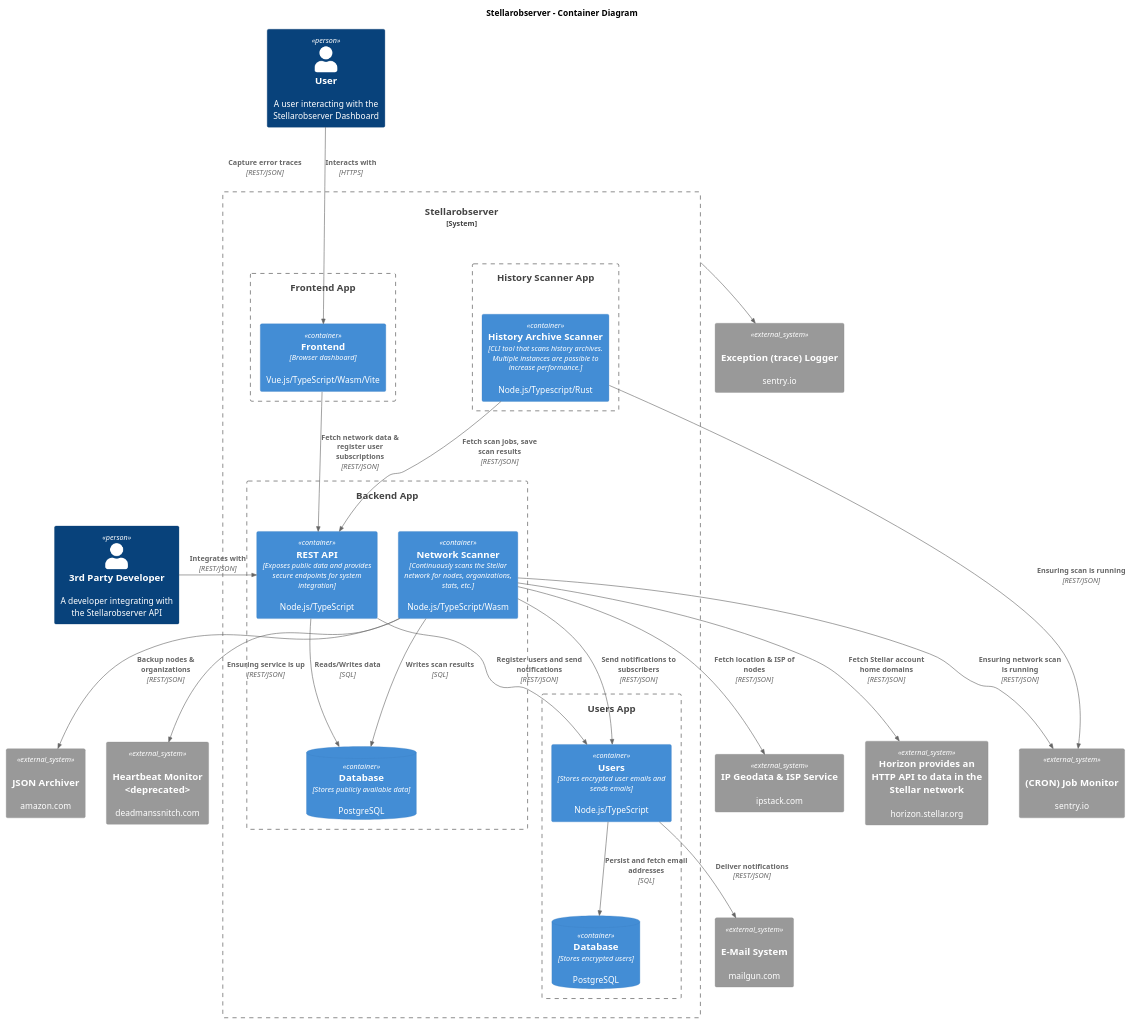
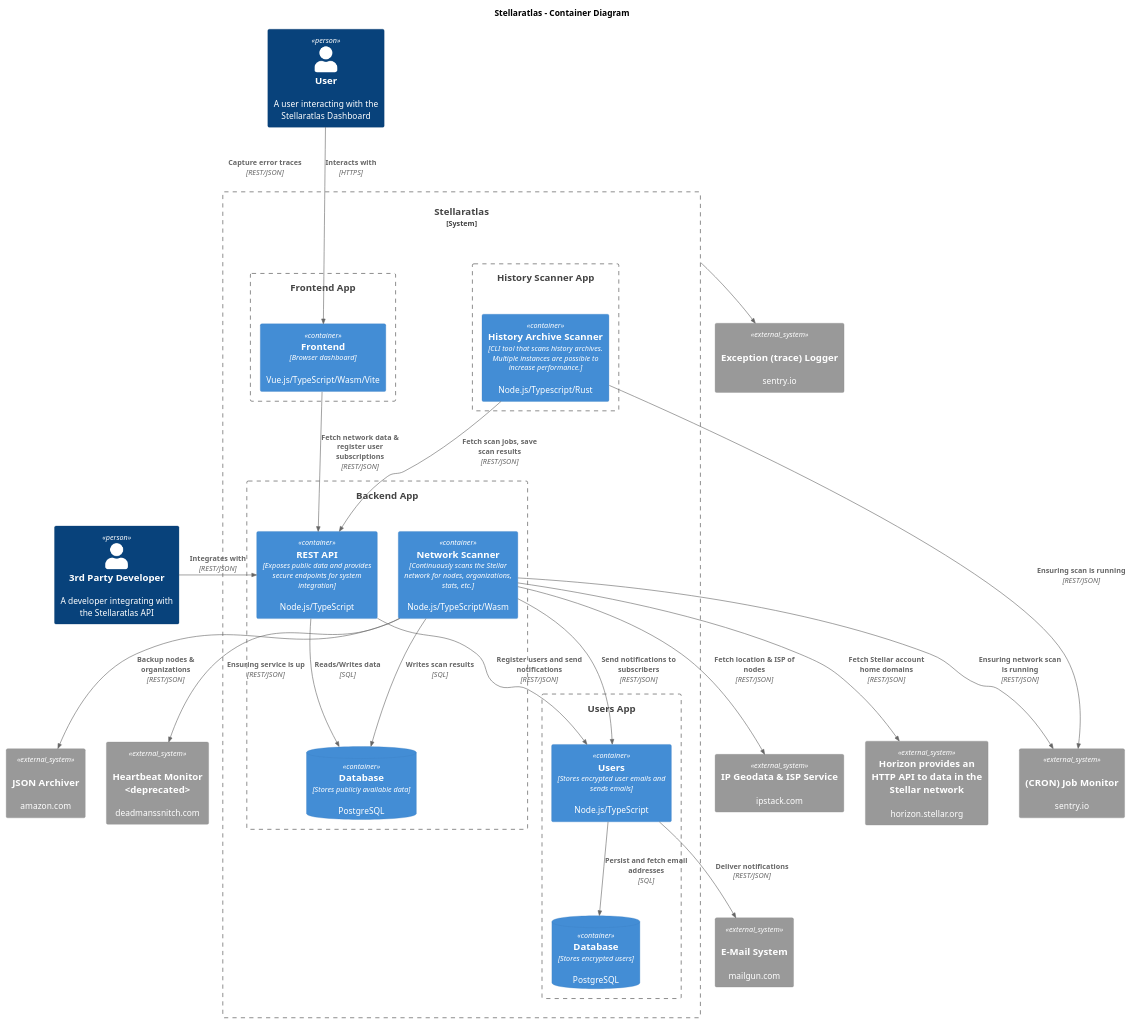
The diagram in architecture-c4-containers.puml (Stellar-Atlas/StellarAtlas), drawn with PlantUML before and after one commit. The commit also changed 41 other files, not shown here.

Commit message:
Rename Stellarobserver to Stellaratlas across the project, updating configurations, documentation, and code references to reflect the new branding.

```diff
--- a/architecture-c4-containers.puml
+++ b/architecture-c4-containers.puml
@@ -1,68 +1,68 @@
-@startuml Stellarobserver C4 Container model
+@startuml Stellaratlas C4 Container model
 !include https://raw.githubusercontent.com/plantuml-stdlib/C4-PlantUML/master/C4_Container.puml
 
 skinparam ranksep 100
 
-title Stellarobserver - Container Diagram
+title Stellaratlas - Container Diagram
 
 ' People
-Person(user, "User", "A user interacting with the Stellarobserver Dashboard")
-Person(developer, "3rd Party Developer", "A developer integrating with the Stellarobserver API")
+Person(user, "User", "A user interacting with the Stellaratlas Dashboard")
+Person(developer, "3rd Party Developer", "A developer integrating with the Stellaratlas API")
 
-System_Boundary(s1, "Stellarobserver") {
+System_Boundary(s1, "Stellaratlas") {
 
   ' Frontend group
   Boundary(frontendBoundary, "Frontend App") {
     Container(frontend, "Frontend", "Browser dashboard", "Vue.js/TypeScript/Wasm/Vite")
   }
 
   ' Backend group
   Boundary(backendBoundary, "Backend App") {
     Container(backendAPI, "REST API", "Exposes public data and provides secure endpoints for system integration", "Node.js/TypeScript")
     Container(backendNetworkScan, "Network Scanner", "Continuously scans the Stellar network for nodes, organizations, stats, etc.", "Node.js/TypeScript/Wasm")
     ContainerDb(database_backend, "Database", "Stores publicly available data", "PostgreSQL")
   }
 
   ' Users group
   Boundary(usersBoundary, "Users App") {
     Container(users, "Users", "Stores encrypted user emails and sends emails", "Node.js/TypeScript")
     ContainerDb(database_users, "Database", "Stores encrypted users", "PostgreSQL")
   }
 
   ' History Scanner group
   Boundary(historyBoundary, "History Scanner App") {
     Container(historyScanner, "History Archive Scanner", "CLI tool that scans history archives. Multiple instances are possible to increase performance.", "Node.js/Typescript/Rust")
   }
 }
 
 
   System_Ext(email_system, "E-Mail System", "mailgun.com", "envelope")
   System_Ext(json_archiver, "JSON Archiver", "amazon.com", "archive")
   System_Ext(heartbeat_monitor, "Heartbeat Monitor <deprecated>", "deadmanssnitch.com", "heart")
   System_Ext(job_monitor, "(CRON) Job Monitor", "sentry.io", "job")
   System_Ext(exception_logger, "Exception (trace) Logger", "sentry.io", "exception")
   System_Ext(geo_service, "IP Geodata & ISP Service", "ipstack.com")
   System_Ext(horizon, "Horizon provides an HTTP API to data in the Stellar network", "horizon.stellar.org")
 
 
 ' Internal Relationships
 Rel_Down(user, frontend, "Interacts with", "HTTPS")
 Rel_Right(developer, backendAPI, "Integrates with", "REST/JSON")
 Rel(frontend, backendAPI, "Fetch network data & register user subscriptions", "REST/JSON")
 Rel(backendAPI, database_backend, "Reads/Writes data", "SQL")
 Rel(backendNetworkScan, database_backend, "Writes scan results", "SQL")
 Rel(backendNetworkScan, users, "Send notifications to subscribers", "REST/JSON")
 Rel(users, database_users, "Persist and fetch email addresses", "SQL")
 Rel(backendAPI, users, "Register users and send notifications", "REST/JSON")
 Rel(historyScanner, backendAPI, "Fetch scan jobs, save scan results", "REST/JSON")
 Rel(backendNetworkScan, geo_service, "Fetch location & ISP of nodes", "REST/JSON")
 Rel_Down(backendNetworkScan, horizon, "Fetch Stellar account home domains", "REST/JSON")
 
 ' External Relationships
 Rel(backendNetworkScan, json_archiver, "Backup nodes & organizations", "REST/JSON")
 Rel(backendNetworkScan, heartbeat_monitor, "Ensuring service is up", "REST/JSON")
 Rel(backendNetworkScan, job_monitor, "Ensuring network scan is running", "REST/JSON")
 Rel(historyScanner, job_monitor, "Ensuring scan is running", "REST/JSON")
 Rel(users, email_system, "Deliver notifications", "REST/JSON")
 Rel_Right(s1, exception_logger, "Capture error traces", "REST/JSON")
 @enduml
```
